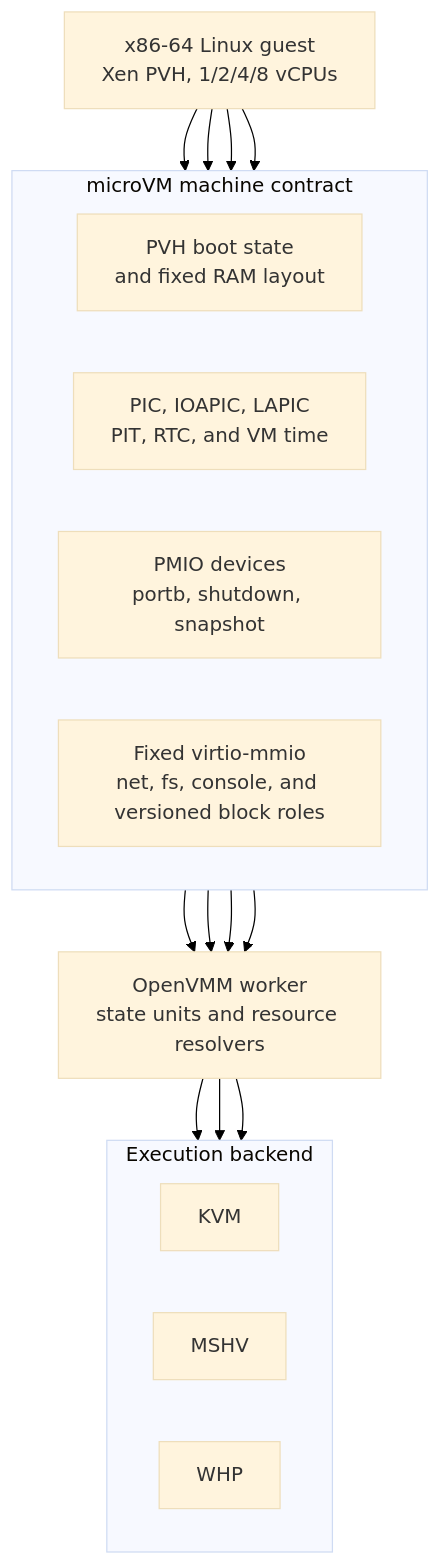
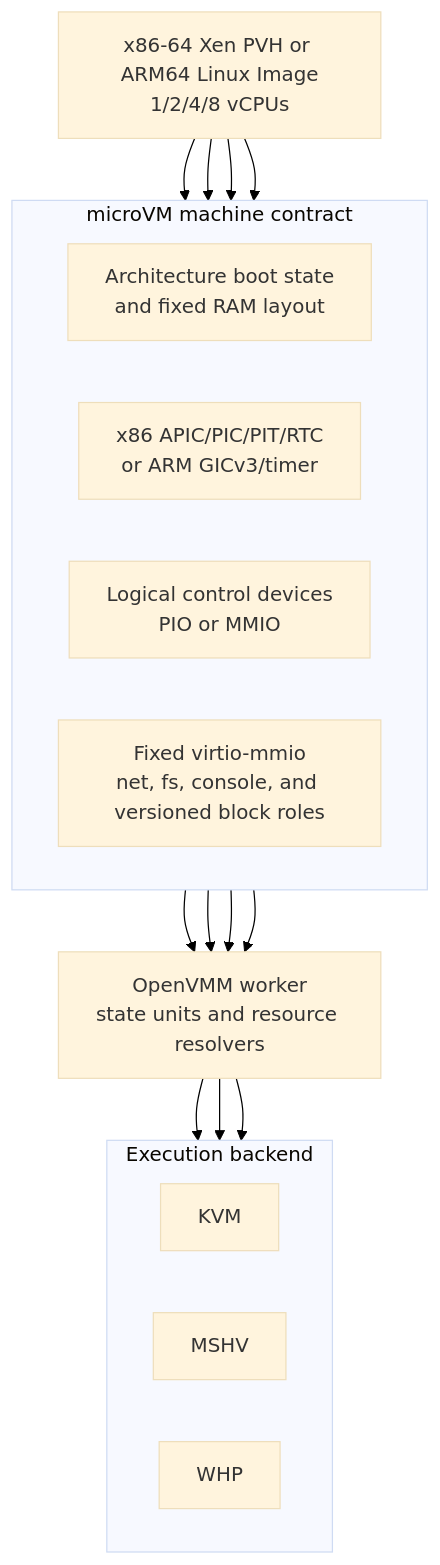
One commit to microsoft/nvx changed the third of 7 diagrams in doc/design.md. Above: the diagram before and after it, drawn with Mermaid. The commit also changed other lines of this file and 45 other files, not shown here.

````diff
--- a/doc/design.md
+++ b/doc/design.md
@@ -244,34 +266,34 @@
 ```mermaid
 %%{init: {"theme": "base", "themeVariables": {"background": "#ffffff"}}}%%
 flowchart TB
-   Guest["x86-64 Linux guest<br/>Xen PVH, 1/2/4/8 vCPUs"]
+   Guest["x86-64 Xen PVH or ARM64 Linux Image<br/>1/2/4/8 vCPUs"]
 
    subgraph Abi["microVM machine contract"]
       direction LR
-      Boot["PVH boot state<br/>and fixed RAM layout"]
-      Interrupts["PIC, IOAPIC, LAPIC<br/>PIT, RTC, and VM time"]
-      Pmio["PMIO devices<br/>portb, shutdown, snapshot"]
+      Boot["Architecture boot state<br/>and fixed RAM layout"]
+      Interrupts["x86 APIC/PIC/PIT/RTC<br/>or ARM GICv3/timer"]
+      Pmio["Logical control devices<br/>PIO or MMIO"]
       Virtio["Fixed virtio-mmio<br/>net, fs, console, and versioned block roles"]
    end
 
    Common["OpenVMM worker<br/>state units and resource resolvers"]
 
    subgraph Backends["Execution backend"]
       direction LR
       KvmBackend["KVM"]
       MshvBackend["MSHV"]
       WhpBackend["WHP"]
    end
 
    Guest --> Boot
    Guest --> Interrupts
    Guest --> Pmio
    Guest --> Virtio
    Boot --> Common
    Interrupts --> Common
    Pmio --> Common
    Virtio --> Common
    Common --> KvmBackend
    Common --> MshvBackend
    Common --> WhpBackend
 ```
````
